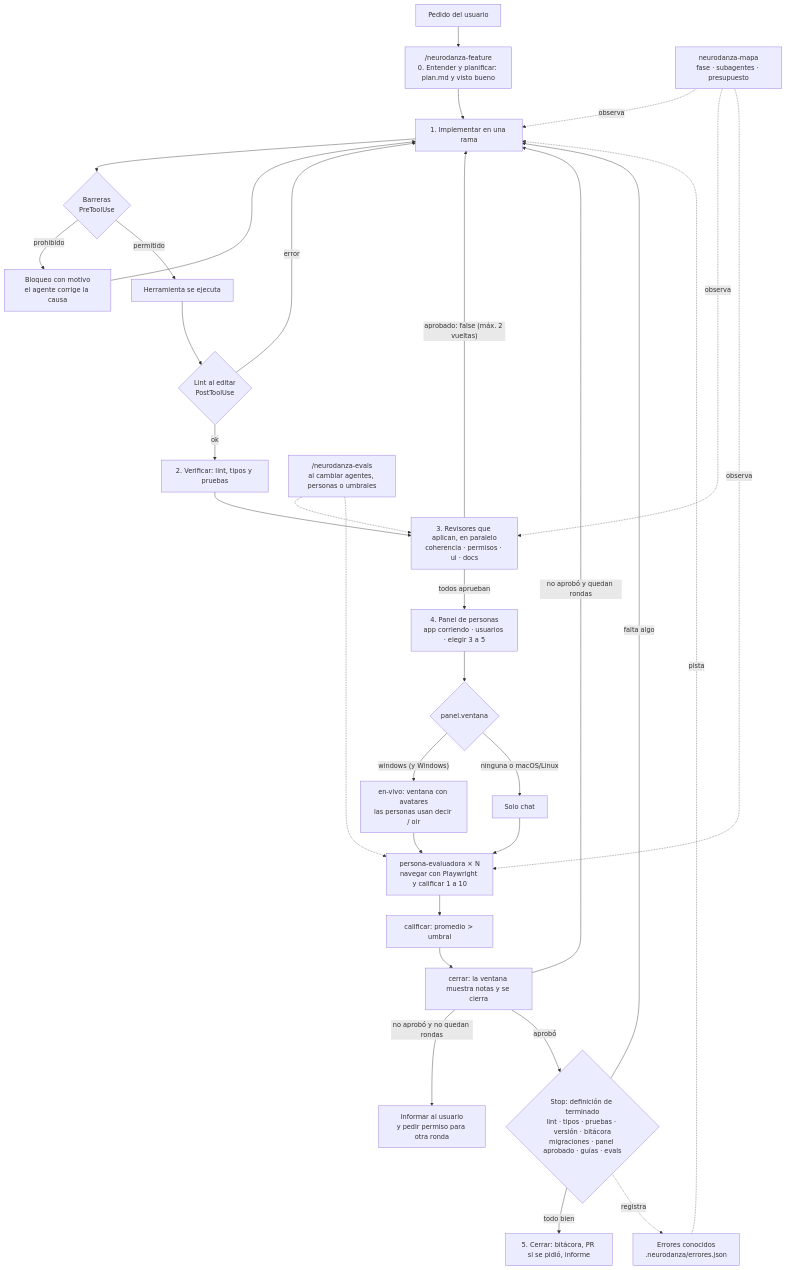
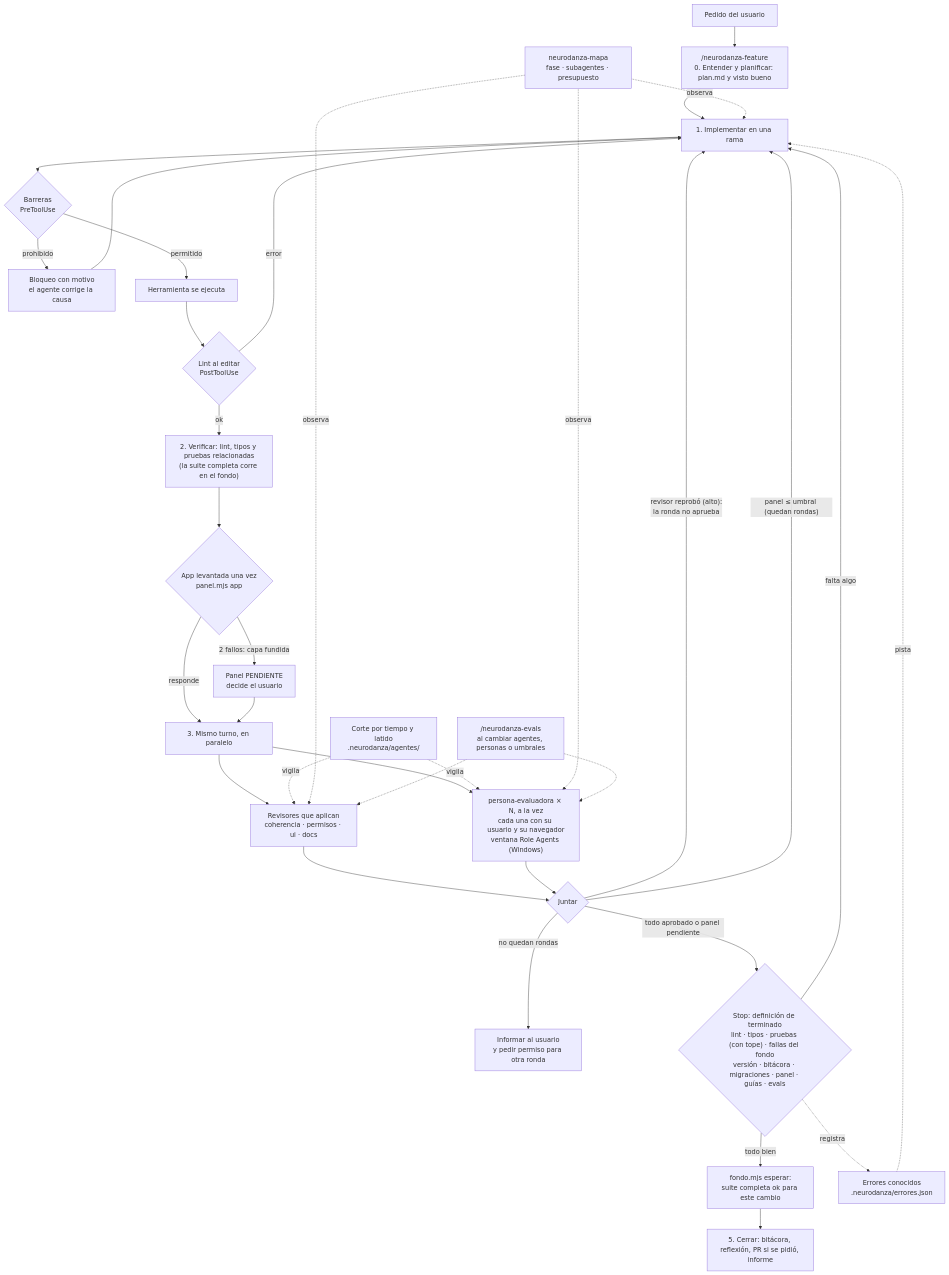
The diagram in docs/01-como-funciona.md (2k12/neurodanza), drawn with Mermaid before and after one commit. The commit also changed other lines of this file and 3 other files, not shown here.

First line of the commit message:
feat: revisores y panel en paralelo (paso 5)

````diff
--- a/docs/01-como-funciona.md
+++ b/docs/01-como-funciona.md
@@ -28,33 +29,35 @@
 ```mermaid
 flowchart TD
     A[Pedido del usuario] --> B["/neurodanza-feature<br/>0. Entender y planificar: plan.md y visto bueno"]
     B --> C[1. Implementar en una rama]
     C --> G{"Barreras<br/>PreToolUse"}
     G -- prohibido --> GX[Bloqueo con motivo<br/>el agente corrige la causa] --> C
     G -- permitido --> H["Herramienta se ejecuta"]
     H --> L{"Lint al editar<br/>PostToolUse"}
     L -- error --> C
-    L -- ok --> D[2. Verificar: lint, tipos y pruebas]
-    D --> R["3. Revisores que aplican, en paralelo<br/>coherencia · permisos · ui · docs"]
-    R -- "aprobado: false (máx. 2 vueltas)" --> C
-    R -- todos aprueban --> P0["4. Panel de personas<br/>app corriendo · usuarios · elegir 3 a 5"]
-    P0 --> V{"panel.ventana"}
-    V -- "windows (y Windows)" --> VW["en-vivo: ventana con avatares<br/>las personas usan decir / oir"]
-    V -- "ninguna o macOS/Linux" --> VC[Solo chat]
-    VW --> N["persona-evaluadora × N<br/>navegar con Playwright y calificar 1 a 10"]
-    VC --> N
-    N --> S["calificar: promedio > umbral"]
-    S --> X["cerrar: la ventana muestra notas y se cierra"]
-    X -- no aprobó y quedan rondas --> C
-    X -- no aprobó y no quedan rondas --> U[Informar al usuario<br/>y pedir permiso para otra ronda]
-    X -- aprobó --> Z{"Stop: definición de terminado<br/>lint · tipos · pruebas · versión · bitácora<br/>migraciones · panel aprobado · guías · evals"}
+    L -- ok --> D["2. Verificar: lint, tipos y pruebas relacionadas<br/>(la suite completa corre en el fondo)"]
+    D --> AP{"App levantada una vez<br/>panel.mjs app"}
+    AP -- "2 fallos: capa fundida" --> PP["Panel PENDIENTE<br/>decide el usuario"]
+    AP -- responde --> T3["3. Mismo turno, en paralelo"]
+    PP --> T3
+    T3 --> R["Revisores que aplican<br/>coherencia · permisos · ui · docs"]
+    T3 --> N["persona-evaluadora × N, a la vez<br/>cada una con su usuario y su navegador<br/>ventana Role Agents (Windows)"]
+    R --> J{"Juntar"}
+    N --> J
+    J -- "revisor reprobó (alto):<br/>la ronda no aprueba" --> C
+    J -- "panel ≤ umbral (quedan rondas)" --> C
+    J -- "no quedan rondas" --> U[Informar al usuario<br/>y pedir permiso para otra ronda]
+    J -- "todo aprobado o panel pendiente" --> Z{"Stop: definición de terminado<br/>lint · tipos · pruebas (con tope) · fallas del fondo<br/>versión · bitácora · migraciones · panel · guías · evals"}
     Z -- falta algo --> C
-    Z -- todo bien --> F["5. Cerrar: bitácora, PR si se pidió, informe"]
+    Z -- todo bien --> FE["fondo.mjs esperar:<br/>suite completa ok para este cambio"]
+    FE --> F["5. Cerrar: bitácora, reflexión, PR si se pidió, informe"]
+    K2["Corte por tiempo y latido<br/>.neurodanza/agentes/"] -.vigila.-> R
+    K2 -.vigila.-> N
     M["neurodanza-mapa<br/>fase · subagentes · presupuesto"] -.observa.-> C
     M -.observa.-> R
     M -.observa.-> N
     K["Errores conocidos<br/>.neurodanza/errores.json"] -.pista.-> C
     Z -.registra.-> K
     E["/neurodanza-evals<br/>al cambiar agentes, personas o umbrales"] -.-> R
     E -.-> N
 ```
````
